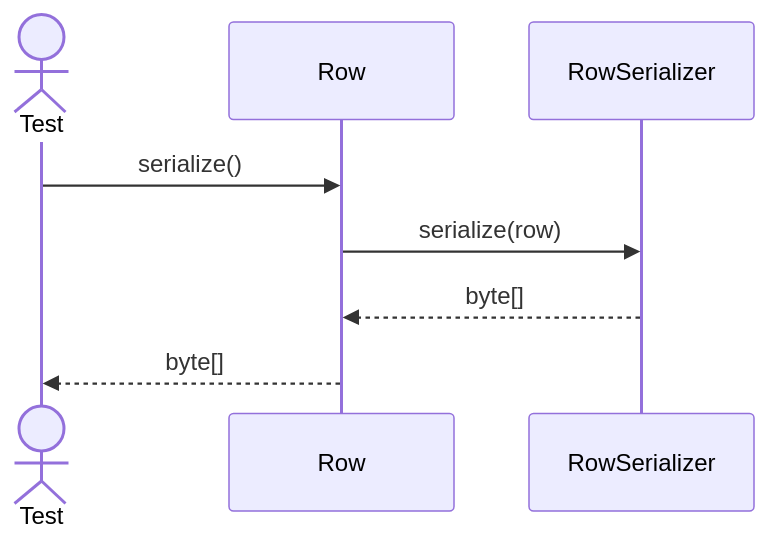
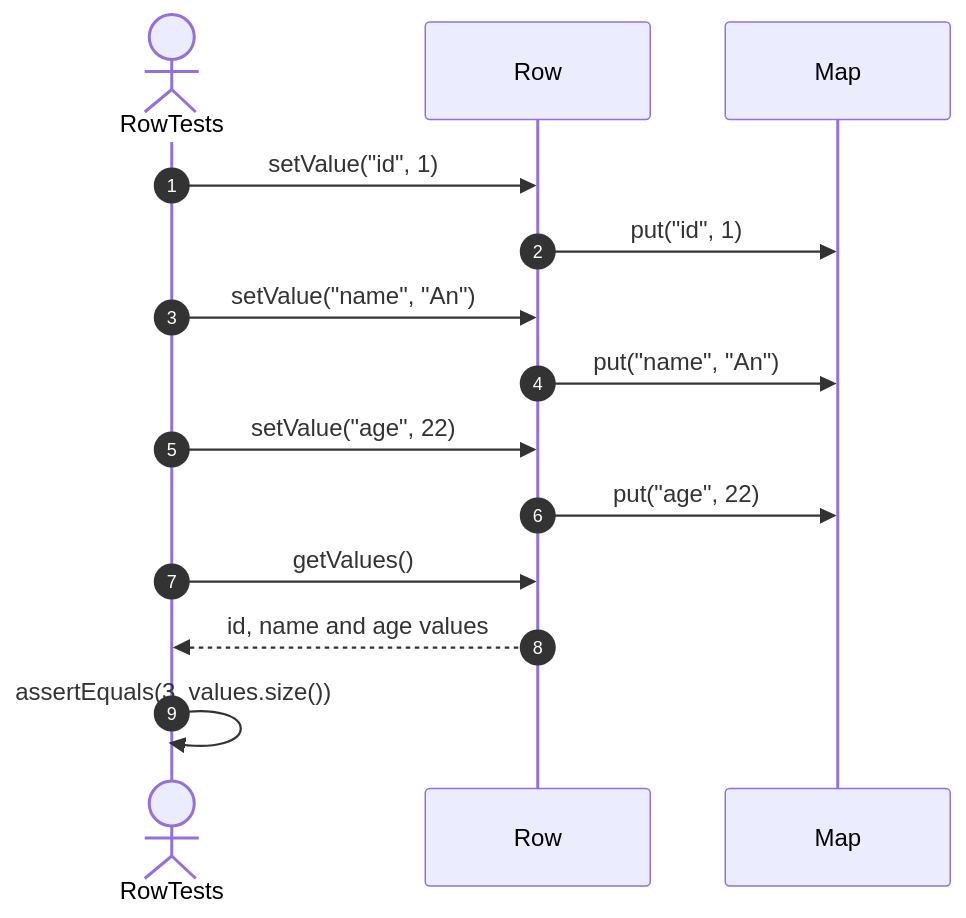
The seventh of 33 diagrams in src/tests/unit/metadata/sequences/rows-testing.se.md (FhuAnn/-bbv-AN-s-DBMS), drawn with Mermaid before and after one commit. The commit also changed other lines of this file and 60 other files, not shown here.

Commit message:
refactor data table, row, column, constraint, index test file

````diff
--- a/src/tests/unit/metadata/sequences/rows-testing.se.md
+++ b/src/tests/unit/metadata/sequences/rows-testing.se.md
@@ -107,14 +179,22 @@
 ```mermaid
 sequenceDiagram
-actor Test
-participant Row
-participant RowSerializer
+    autonumber
 
-Test->>Row: serialize()
+    actor Test as RowTests
+    participant Row as Row
+    participant Values as Map
 
-Row->>RowSerializer: serialize(row)
+    Test->>Row: setValue("id", 1)
+    Row->>Values: put("id", 1)
 
-RowSerializer-->>Row: byte[]
+    Test->>Row: setValue("name", "An")
+    Row->>Values: put("name", "An")
 
-Row-->>Test: byte[]
+    Test->>Row: setValue("age", 22)
+    Row->>Values: put("age", 22)
+
+    Test->>Row: getValues()
+    Row-->>Test: id, name and age values
+
+    Test->>Test: assertEquals(3, values.size())
 ```
````
